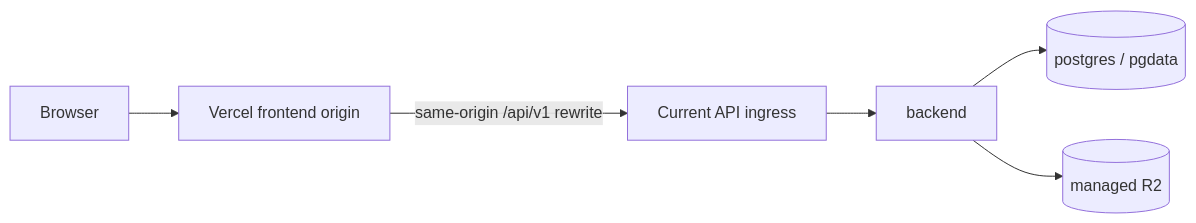
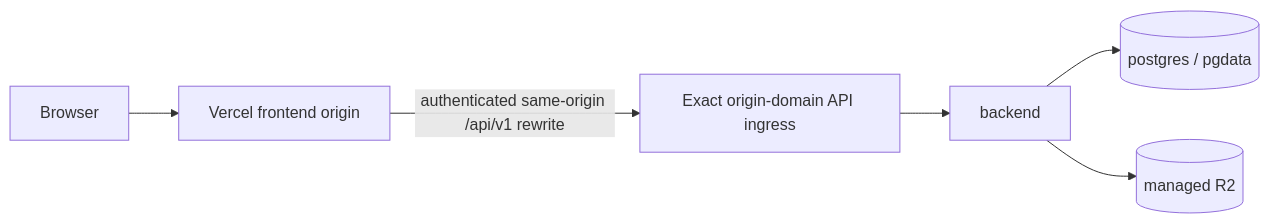
One commit to JNU-SWCU/oss-hub changed the first of 2 diagrams in docs/architecture.md. Above: the diagram before and after it, drawn with Mermaid. The commit also changed other lines of this file and 2 other files, not shown here.

````diff
--- a/docs/architecture.md
+++ b/docs/architecture.md
@@ -33,8 +33,8 @@
 ```mermaid
 flowchart LR
   Browser[Browser] --> Vercel[Vercel frontend origin]
-  Vercel -- same-origin /api/v1 rewrite --> Ingress[Current API ingress]
+  Vercel -- authenticated same-origin /api/v1 rewrite --> Ingress[Exact origin-domain API ingress]
   Ingress --> Back[backend]
   Back --> Postgres[(postgres / pgdata)]
   Back --> R2[(managed R2)]
 ```
````
